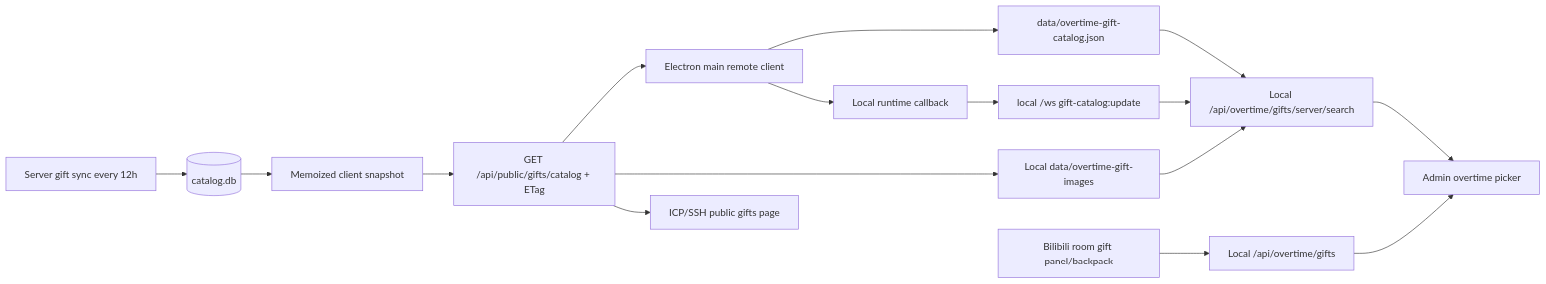
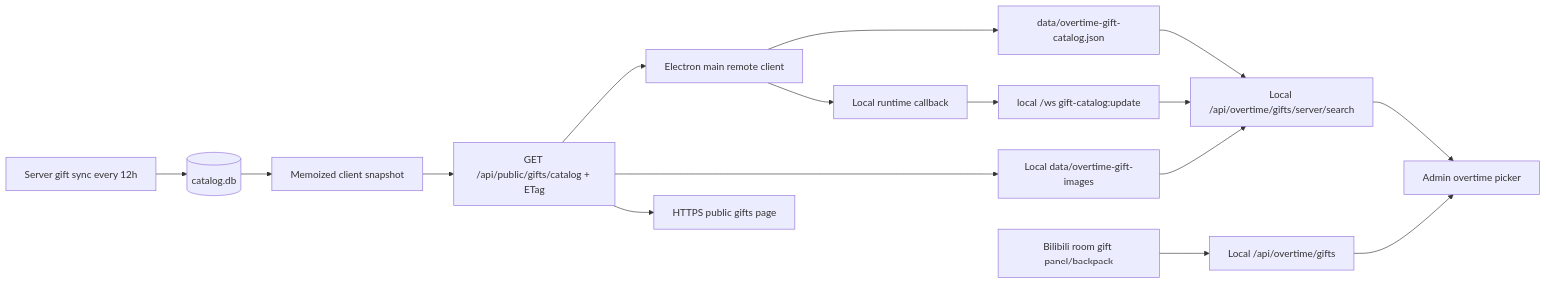
One commit to AuroraWhisperer/LIRA changed the diagram in specs/remote-gift-catalog-sync_design.md. Above: the diagram before and after it, drawn with Mermaid. The commit also changed other lines of this file and 106 other files, not shown here.

````diff
--- a/specs/remote-gift-catalog-sync_design.md
+++ b/specs/remote-gift-catalog-sync_design.md
@@ -16,18 +11,18 @@
 ```mermaid
 flowchart LR
   Sync[Server gift sync every 12h] --> DB[(catalog.db)]
   DB --> Query[Memoized client snapshot]
   Query --> HTTP[GET /api/public/gifts/catalog + ETag]
   HTTP --> Main[Electron main remote client]
   Main --> Cache[data/overtime-gift-catalog.json]
   Cache --> Search[Local /api/overtime/gifts/server/search]
   HTTP --> ImageCache[Local data/overtime-gift-images]
   ImageCache --> Search
   Main --> LocalRuntime[Local runtime callback]
   LocalRuntime --> WS[local /ws gift-catalog:update]
   WS --> Search
   Room[Bilibili room gift panel/backpack] --> Local[Local /api/overtime/gifts]
   Local --> Picker[Admin overtime picker]
   Search --> Picker
-  HTTP --> Web[ICP/SSH public gifts page]
+  HTTP --> Web[HTTPS public gifts page]
 ```
````
